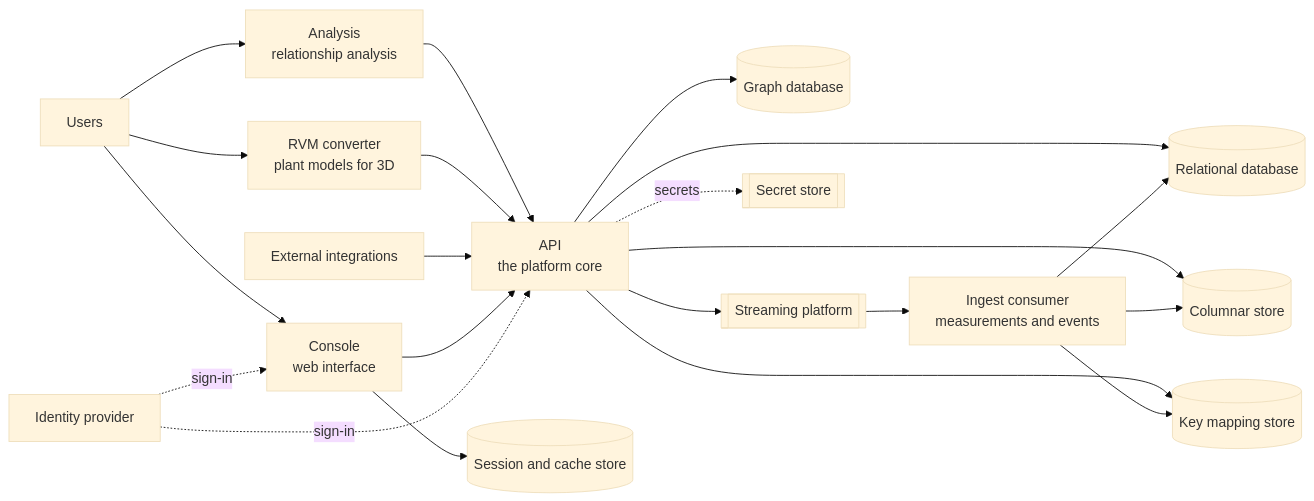
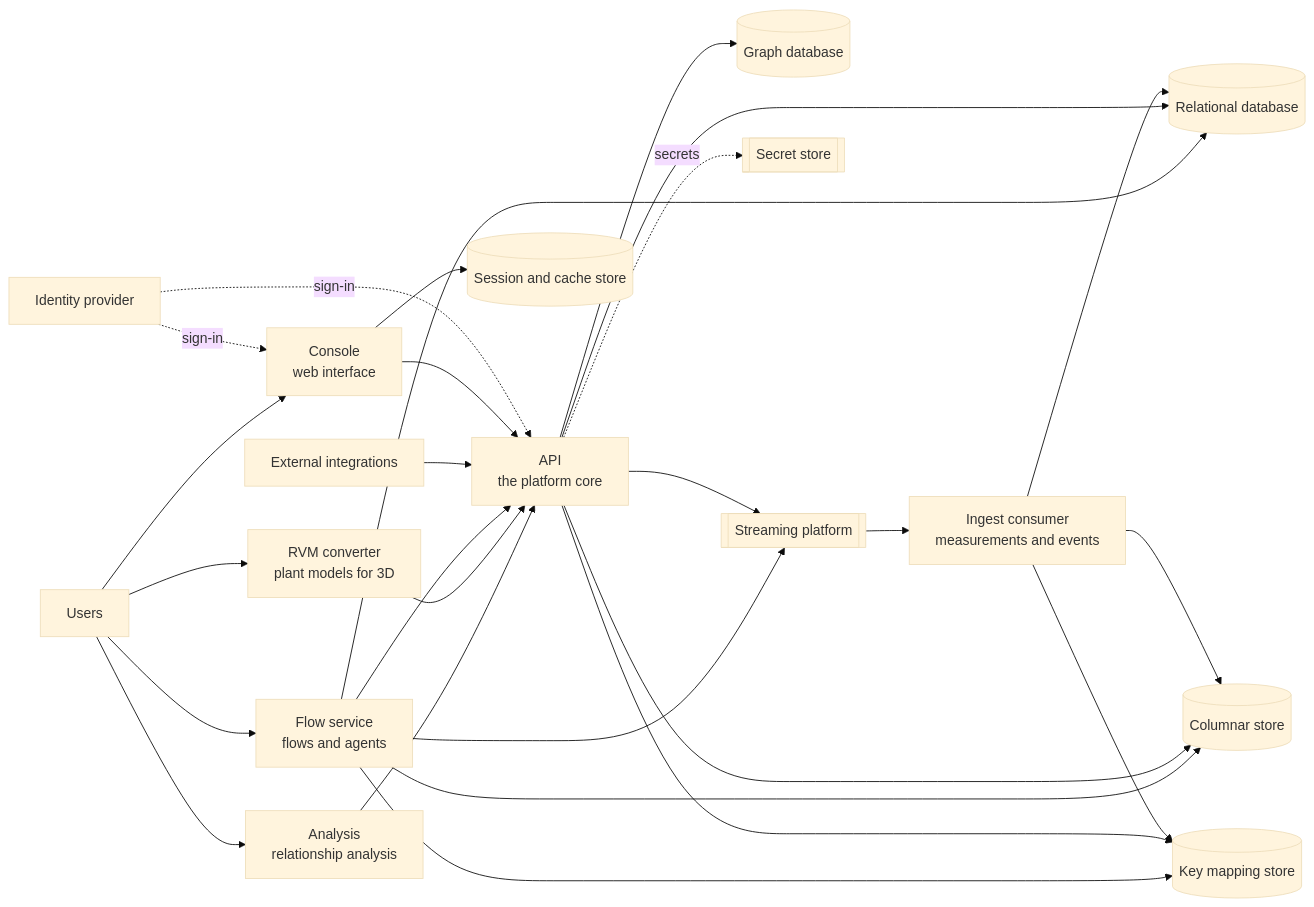
One commit to IntelliStream-DataHub/datahub-docs changed the diagram in docs/administration/architecture.mdx. Above: the diagram before and after it, drawn with Mermaid (base theme). The commit also changed other lines of this file and 6 other files, not shown here.

First line of the commit message:
docs(admin): running the flow service

````diff
--- a/docs/administration/architecture.mdx
+++ b/docs/administration/architecture.mdx
@@ -27,42 +27,49 @@
 ```mermaid
 graph LR
     User["Users"]
     Ext["External integrations"]
     IdP["Identity provider"]
 
     Console["Console<br/>web interface"]
     API["API<br/>the platform core"]
     ConsumerSL["Ingest consumer<br/>measurements and events"]
 
     Cache[("Session and cache store")]
     PG[("Relational database")]
     Neo[("Graph database")]
     CH[("Columnar store")]
     KV[("Key mapping store")]
     Stream[["Streaming platform"]]
     Vault[["Secret store"]]
 
     Analysis["Analysis<br/>relationship analysis"]
     Converter["RVM converter<br/>plant models for 3D"]
+    Flow["Flow service<br/>flows and agents"]
 
     User --> Console
     User --> Analysis
     Analysis --> API
     User --> Converter
     Converter --> API
+    User --> Flow
+    Flow --> API
+    Flow --> PG
+    Flow --> KV
+    Flow --> CH
+    Flow --> Stream
     Ext --> API
     Console --> API
     Console --> Cache
     API --> PG
     API --> Neo
     API --> CH
     API --> KV
     API --> Stream
     API -. secrets .-> Vault
     Stream --> ConsumerSL
     ConsumerSL --> CH
     ConsumerSL --> PG
     ConsumerSL --> KV
     IdP -. sign-in .-> Console
     IdP -. sign-in .-> API
 ```
````
